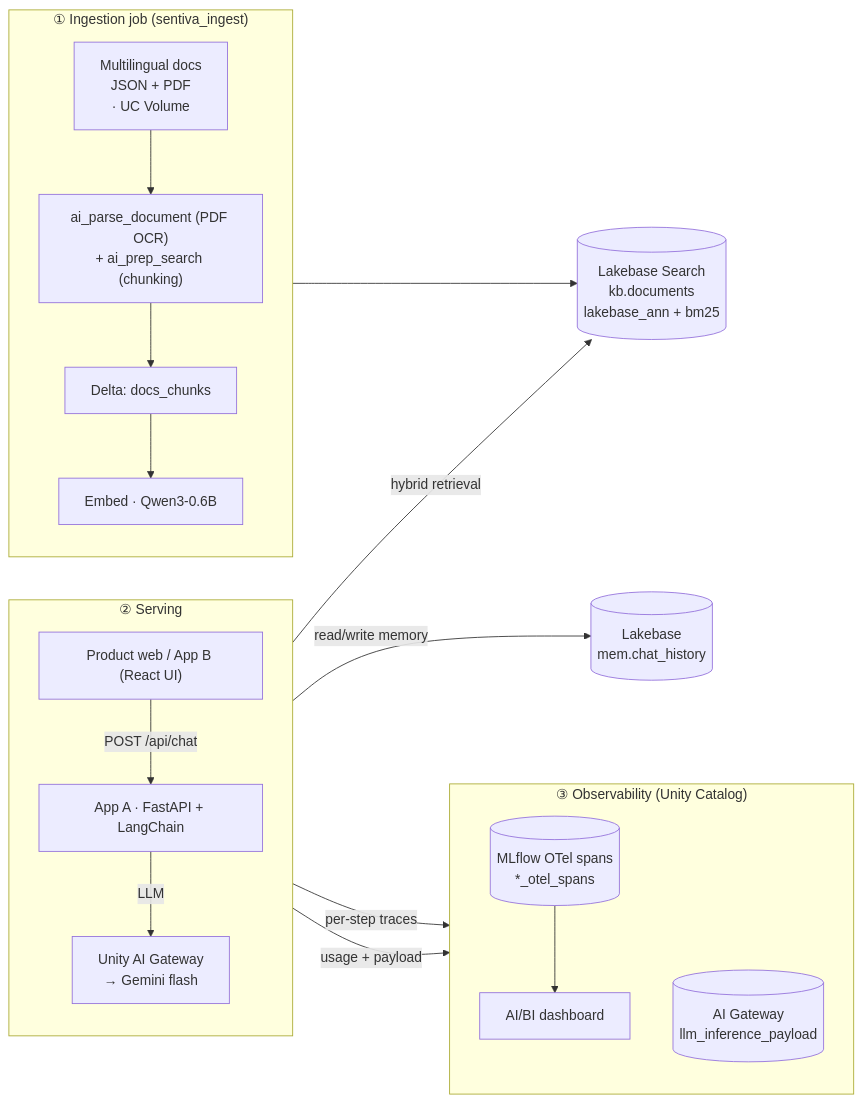
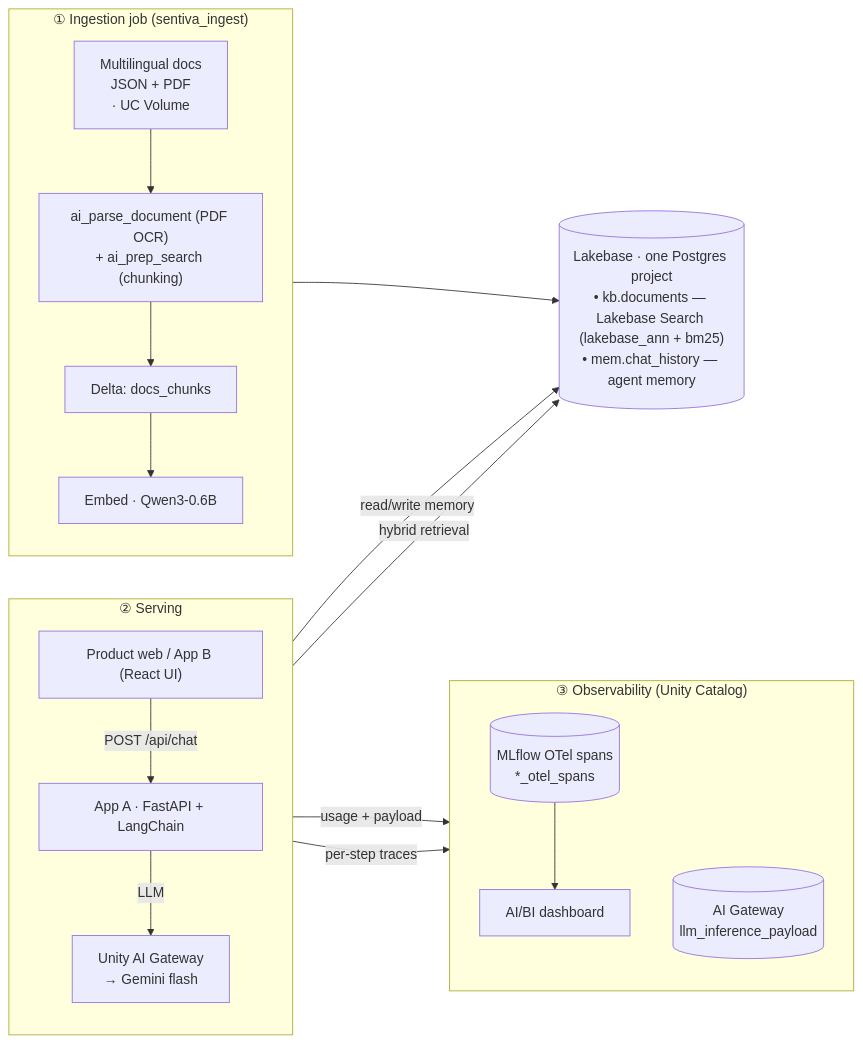
One commit to eric80116/databricks-lakebase-rag-agent-demo changed the diagram in README.md. Above: the diagram before and after it, drawn with Mermaid.

Commit message:
README diagram: merge Lakebase KB + memory into one Lakebase component (single Postgres project covers both)

````diff
--- a/README.md
+++ b/README.md
@@ -16,38 +16,37 @@
 ```mermaid
 flowchart LR
   subgraph Ingest["① Ingestion job (sentiva_ingest)"]
     direction TB
     docs["Multilingual docs<br/>JSON + PDF<br/>· UC Volume"]
     parse["ai_parse_document (PDF OCR)<br/>+ ai_prep_search (chunking)"]
     delta["Delta: docs_chunks"]
     embed["Embed · Qwen3-0.6B"]
     docs --> parse --> delta --> embed
   end
 
-  kb[("Lakebase Search<br/>kb.documents<br/>lakebase_ann + bm25")]
-  mem[("Lakebase<br/>mem.chat_history")]
-  embed --> kb
+  lakebase[("Lakebase · one Postgres project<br/>• kb.documents — Lakebase Search (lakebase_ann + bm25)<br/>• mem.chat_history — agent memory")]
+  embed --> lakebase
 
   subgraph Serve["② Serving"]
     direction TB
     web["Product web / App B (React UI)"]
     appA["App A · FastAPI + LangChain"]
     gw["Unity AI Gateway<br/>→ Gemini flash"]
     web -->|POST /api/chat| appA
     appA -->|LLM| gw
   end
 
-  appA -->|hybrid retrieval| kb
-  appA -->|read/write memory| mem
+  appA -->|hybrid retrieval| lakebase
+  appA -->|read/write memory| lakebase
 
   subgraph Obs["③ Observability (Unity Catalog)"]
     direction TB
     otel[("MLflow OTel spans<br/>*_otel_spans")]
     inf[("AI Gateway<br/>llm_inference_payload")]
     dash["AI/BI dashboard"]
     otel --> dash
   end
 
   appA -->|per-step traces| otel
   gw -->|usage + payload| inf
 ```
````
